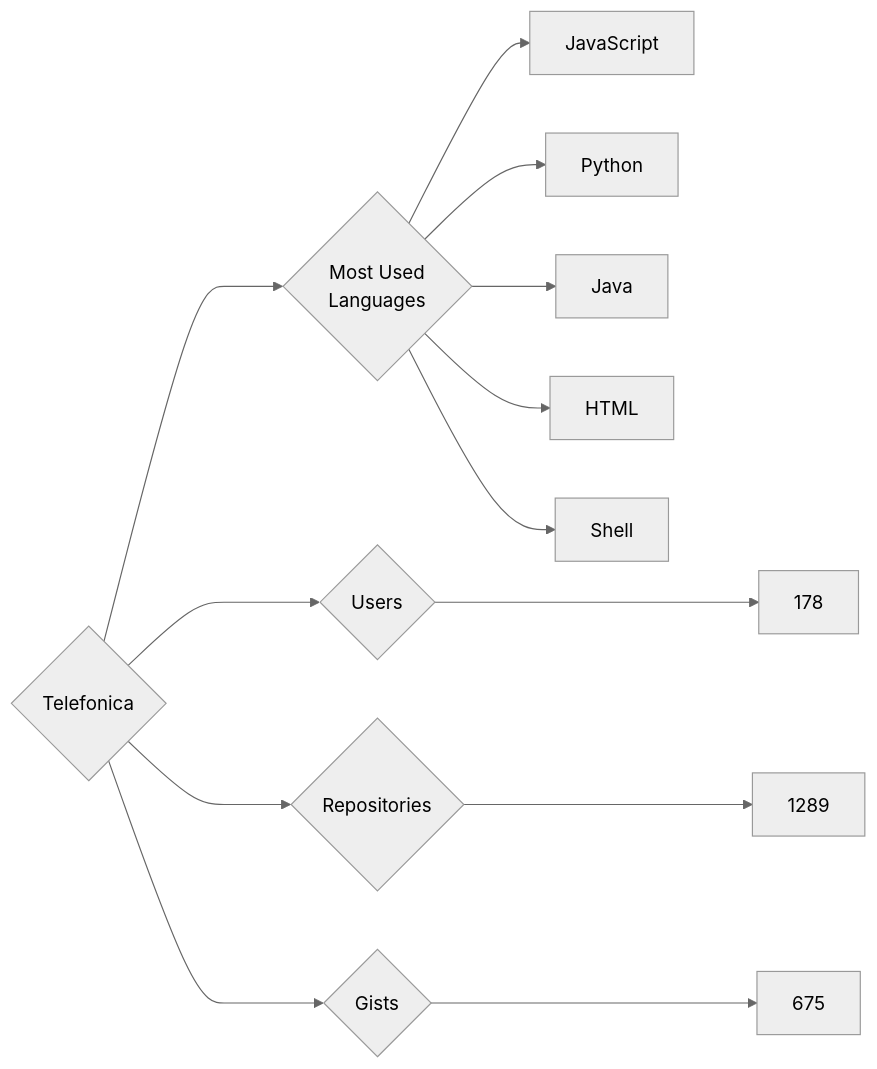
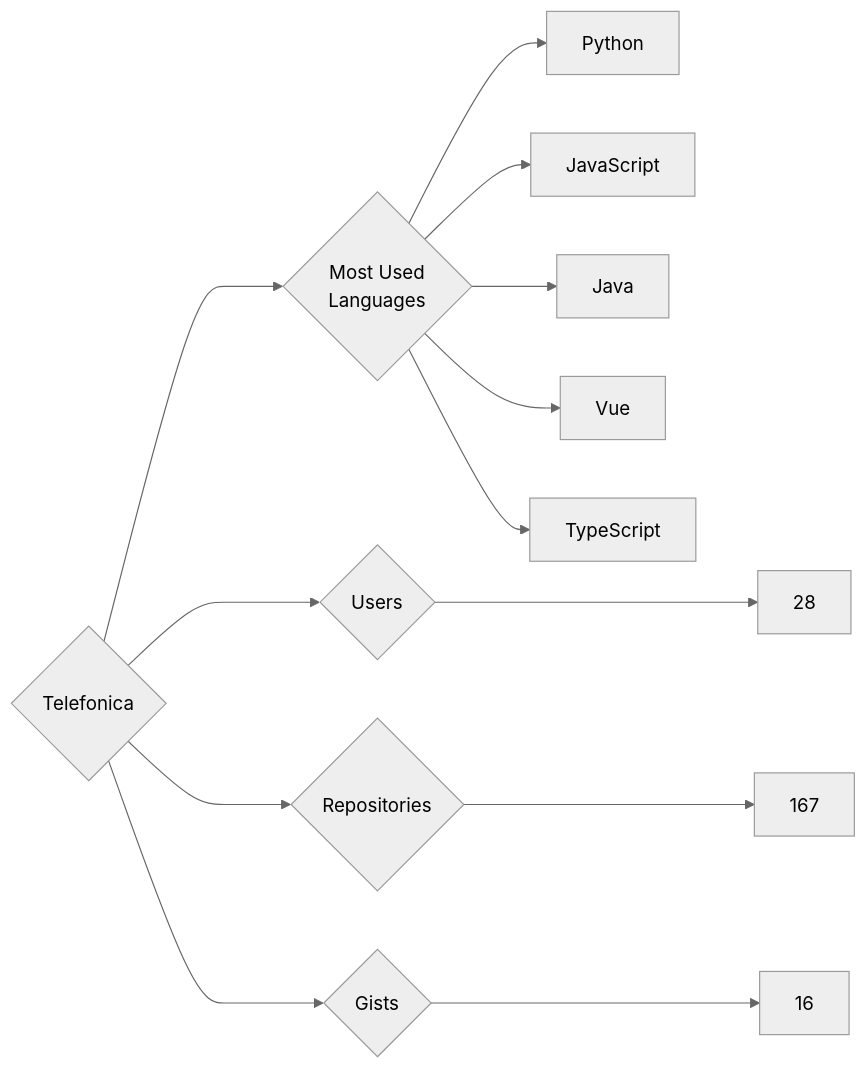
The diagram in targets/Telefonica/README.md (trickest/insiders), drawn with Mermaid (neutral theme) before and after one commit. The commit also changed 1508 other files, not shown here.

````diff
--- a/targets/Telefonica/README.md
+++ b/targets/Telefonica/README.md
@@ -3,13 +3,13 @@
 ```mermaid
 graph LR
 COMPANY_NAME{Telefonica}
-COMPANY_NAME ---> U{Users} ---> UN[178]
-COMPANY_NAME ---> R{Repositories} ---> RN[1289]
-COMPANY_NAME ---> G{Gists} ---> GN[675]
+COMPANY_NAME ---> U{Users} ---> UN[28]
+COMPANY_NAME ---> R{Repositories} ---> RN[167]
+COMPANY_NAME ---> G{Gists} ---> GN[16]
 COMPANY_NAME ---> ML{Most Used<br>Languages}
+ML --> Python[Python]
 ML --> JavaScript[JavaScript]
-ML --> Python[Python]
 ML --> Java[Java]
-ML --> HTML[HTML]
-ML --> Shell[Shell]
+ML --> Vue[Vue]
+ML --> TypeScript[TypeScript]
 ```
````
